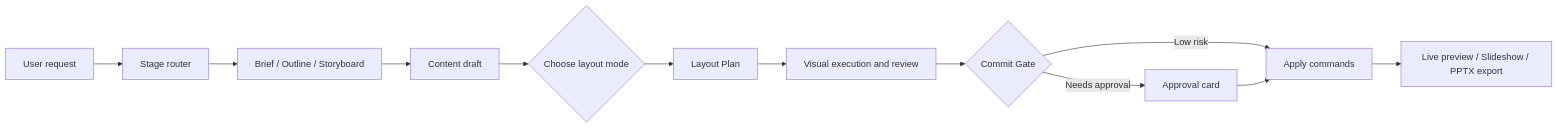
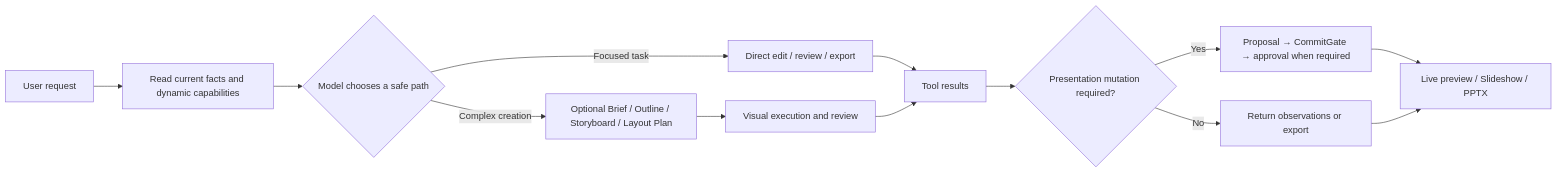
One commit to putl-dream/ppt changed the diagram in README.en.md. Above: the diagram before and after it, drawn with Mermaid. The commit also changed other lines of this file and 97 other files, not shown here.

````diff
--- a/README.en.md
+++ b/README.en.md
@@ -36,14 +40,15 @@
 ```mermaid
 flowchart LR
-  A["User request"] --> B["Stage router"]
-  B --> C["Brief / Outline / Storyboard"]
-  C --> D["Content draft"]
-  D --> E{"Choose layout mode"}
-  E --> F["Layout Plan"]
-  F --> G["Visual execution and review"]
-  G --> H{"Commit Gate"}
-  H -->|Low risk| I["Apply commands"]
-  H -->|Needs approval| J["Approval card"]
-  J --> I
-  I --> K["Live preview / Slideshow / PPTX export"]
+  A["User request"] --> B["Read current facts and dynamic capabilities"]
+  B --> C{"Model chooses a safe path"}
+  C -->|Complex creation| D["Optional Brief / Outline / Storyboard / Layout Plan"]
+  C -->|Focused task| E["Direct edit / review / export"]
+  D --> F["Visual execution and review"]
+  E --> G["Tool results"]
+  F --> G
+  G --> H{"Presentation mutation required?"}
+  H -->|Yes| I["Proposal → CommitGate → approval when required"]
+  H -->|No| J["Return observations or export"]
+  I --> K["Live preview / Slideshow / PPTX"]
+  J --> K
 ```
````
